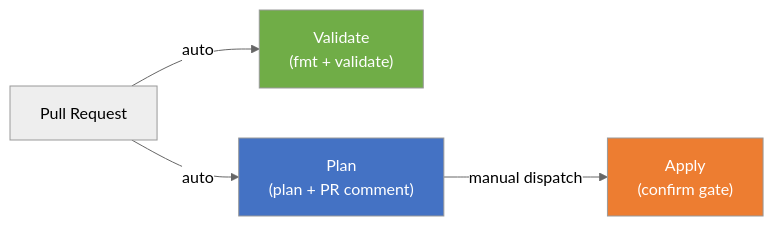
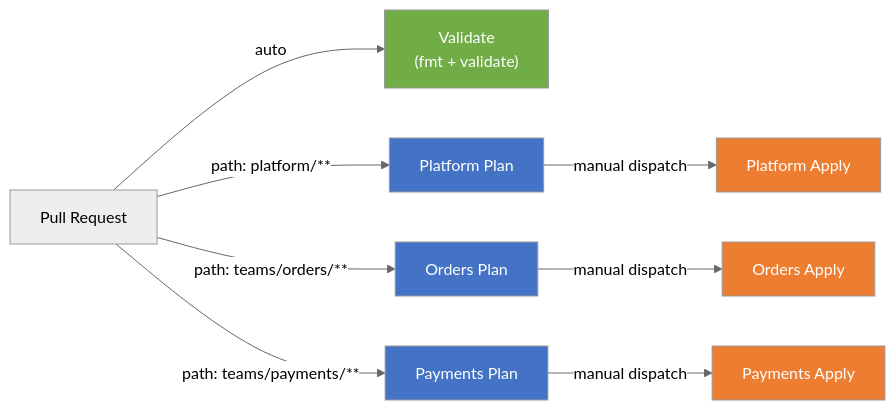
Before and after one commit to GouthamKumar4/terraform-confluent-cloud-aks-poc: the diagram in README.md, drawn with Mermaid (neutral theme). The commit also changed other lines of this file and 19 other files, not shown here.

````diff
--- a/README.md
+++ b/README.md
@@ -123,10 +155,18 @@
 ```mermaid
 graph LR
     PR["Pull Request"] -->|auto| V["Validate<br>(fmt + validate)"]
-    PR -->|auto| P["Plan<br>(plan + PR comment)"]
-    P -->|manual dispatch| A["Apply<br>(confirm gate)"]
+    PR -->|path: platform/**| PP["Platform Plan"]
+    PR -->|path: teams/orders/**| OP["Orders Plan"]
+    PR -->|path: teams/payments/**| PAP["Payments Plan"]
+    PP -->|manual dispatch| PA["Platform Apply"]
+    OP -->|manual dispatch| OA["Orders Apply"]
+    PAP -->|manual dispatch| PAA["Payments Apply"]
     
     style V fill:#70AD47,color:#fff
-    style P fill:#4472C4,color:#fff
-    style A fill:#ED7D31,color:#fff
+    style PP fill:#4472C4,color:#fff
+    style OP fill:#4472C4,color:#fff
+    style PAP fill:#4472C4,color:#fff
+    style PA fill:#ED7D31,color:#fff
+    style OA fill:#ED7D31,color:#fff
+    style PAA fill:#ED7D31,color:#fff
 ```
````
